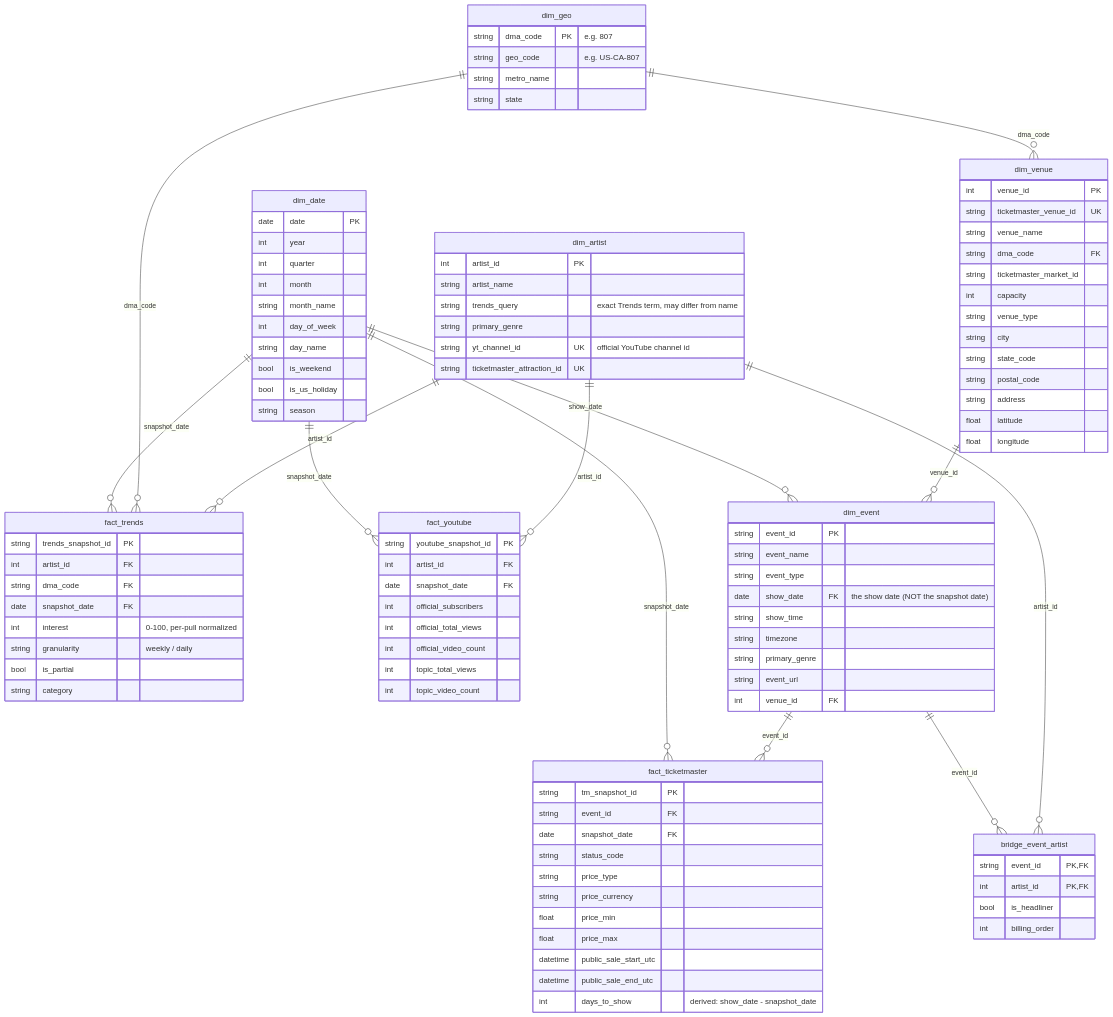
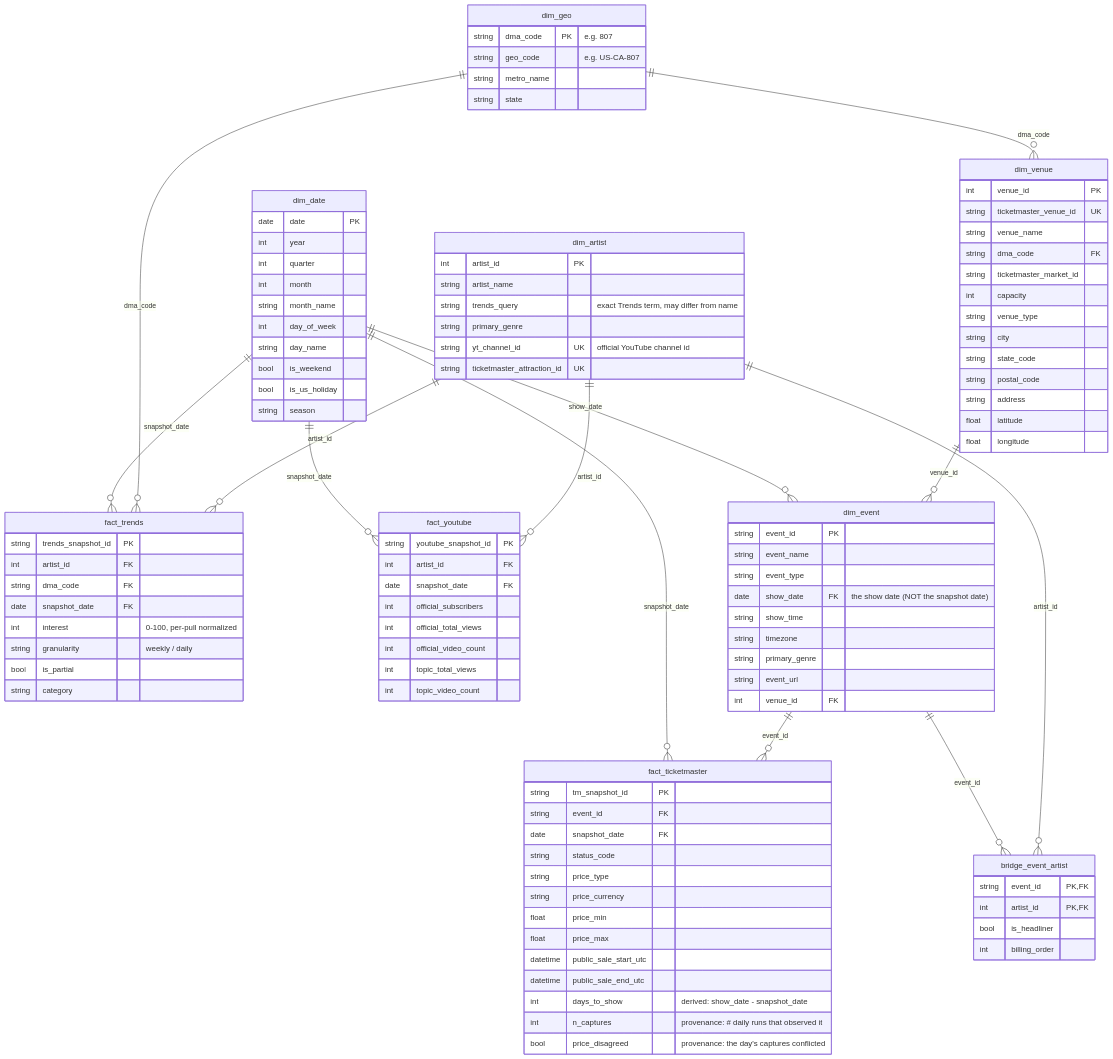
The second of 3 diagrams in docs/data-model.md (nnaderzad/msds683-arch-project), drawn with Mermaid before and after one commit. The commit also changed other lines of this file, not shown here.

```diff
--- a/docs/data-model.md
+++ b/docs/data-model.md
@@ -188,6 +188,8 @@
         datetime public_sale_start_utc
         datetime public_sale_end_utc
         int days_to_show "derived: show_date - snapshot_date"
+        int n_captures "provenance: # daily runs that observed it"
+        bool price_disagreed "provenance: the day's captures conflicted"
     }
     fact_trends {
         string trends_snapshot_id PK
```
